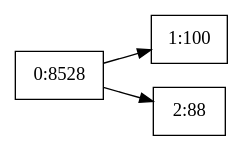
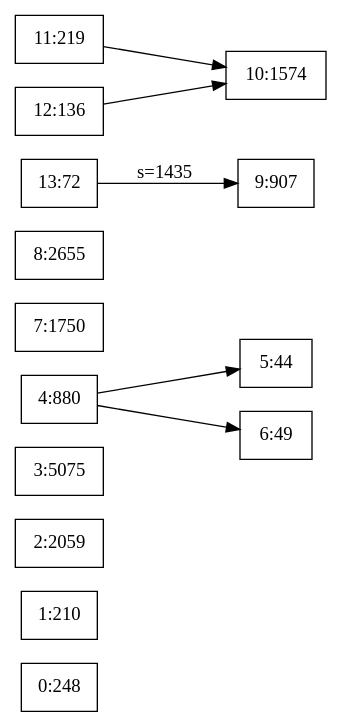
Before and after one commit to agongdai/peta: the diagram in graph/rm_after_update.dot, drawn with Graphviz. The commit also changed 23 other files, not shown here.

```diff
--- a/graph/rm_after_update.dot
+++ b/graph/rm_after_update.dot
@@ -1,8 +1,22 @@
 digraph g { 
 	rankdir = LR 
-	0 [shape=box, label="0:8528"] 
-	0 -> 1
-	0 -> 2
-	1 [shape=box, label="1:100"] 
-	2 [shape=box, label="2:88"] 
+	0 [shape=box, label="0:248"] 
+	1 [shape=box, label="1:210"] 
+	2 [shape=box, label="2:2059"] 
+	3 [shape=box, label="3:5075"] 
+	4 [shape=box, label="4:880"] 
+	4 -> 5
+	4 -> 6
+	5 [shape=box, label="5:44"] 
+	6 [shape=box, label="6:49"] 
+	7 [shape=box, label="7:1750"] 
+	8 [shape=box, label="8:2655"] 
+	9 [shape=box, label="9:907"] 
+	10 [shape=box, label="10:1574"] 
+	11 [shape=box, label="11:219"] 
+	11 -> 10
+	12 [shape=box, label="12:136"] 
+	12 -> 10
+	13 [shape=box, label="13:72"] 
+	13 -> 9 [label="s=1435"] 
 } 
```
